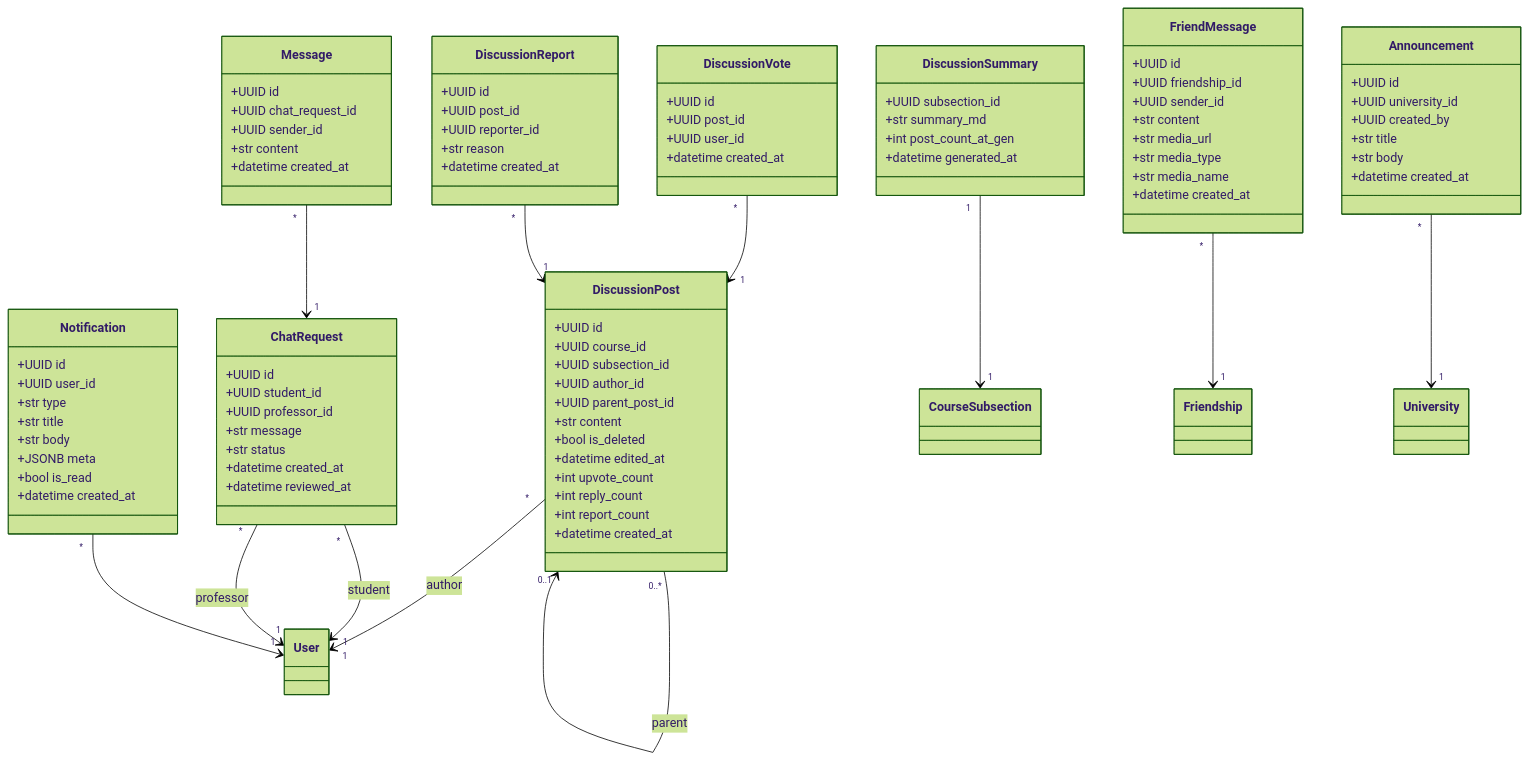
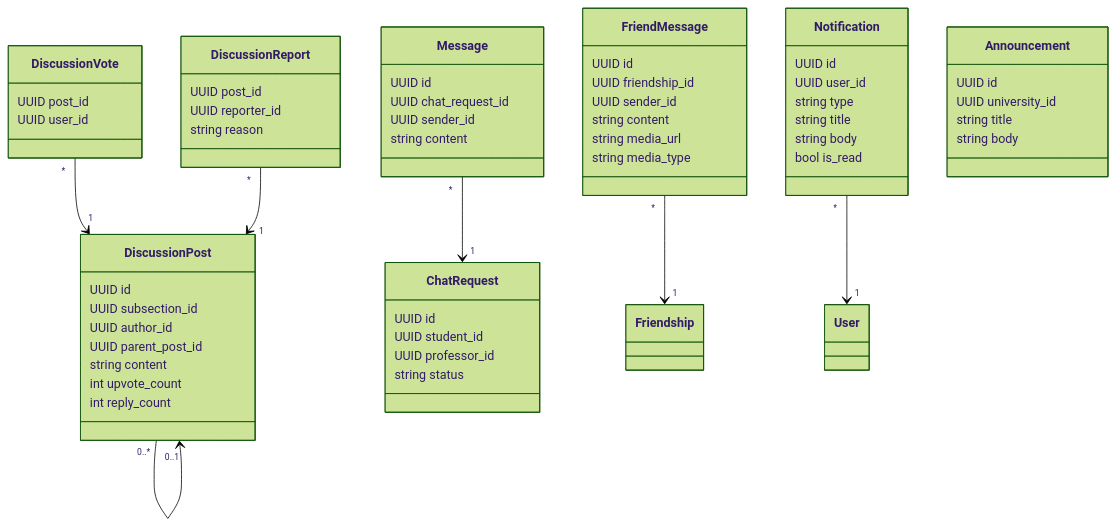
The second of 4 diagrams in docs/sprints/SPRINT_5.md (yazidha09/Hub4Learners), drawn with Mermaid (forest theme) before and after one commit. The commit also changed other lines of this file and 14 other files, not shown here.

````diff
--- a/docs/sprints/SPRINT_5.md
+++ b/docs/sprints/SPRINT_5.md
@@ -88,100 +77,69 @@
 ```mermaid
 classDiagram
     class DiscussionPost {
-        +UUID id
-        +UUID course_id
-        +UUID subsection_id
-        +UUID author_id
-        +UUID parent_post_id
-        +str content
-        +bool is_deleted
-        +datetime edited_at
-        +int upvote_count
-        +int reply_count
-        +int report_count
-        +datetime created_at
+        UUID id
+        UUID subsection_id
+        UUID author_id
+        UUID parent_post_id
+        string content
+        int upvote_count
+        int reply_count
     }
 
     class DiscussionVote {
-        +UUID id
-        +UUID post_id
-        +UUID user_id
-        +datetime created_at
+        UUID post_id
+        UUID user_id
     }
 
     class DiscussionReport {
-        +UUID id
-        +UUID post_id
-        +UUID reporter_id
-        +str reason
-        +datetime created_at
+        UUID post_id
+        UUID reporter_id
+        string reason
     }
 
-    class DiscussionSummary {
-        +UUID subsection_id
-        +str summary_md
-        +int post_count_at_gen
-        +datetime generated_at
+    class FriendMessage {
+        UUID id
+        UUID friendship_id
+        UUID sender_id
+        string content
+        string media_url
+        string media_type
     }
 
     class ChatRequest {
-        +UUID id
-        +UUID student_id
-        +UUID professor_id
-        +str message
-        +str status
-        +datetime created_at
-        +datetime reviewed_at
+        UUID id
+        UUID student_id
+        UUID professor_id
+        string status
     }
 
     class Message {
-        +UUID id
-        +UUID chat_request_id
-        +UUID sender_id
-        +str content
-        +datetime created_at
-    }
-
-    class FriendMessage {
-        +UUID id
-        +UUID friendship_id
-        +UUID sender_id
-        +str content
-        +str media_url
-        +str media_type
-        +str media_name
-        +datetime created_at
+        UUID id
+        UUID chat_request_id
+        UUID sender_id
+        string content
     }
 
     class Notification {
-        +UUID id
-        +UUID user_id
-        +str type
-        +str title
-        +str body
-        +JSONB meta
-        +bool is_read
-        +datetime created_at
+        UUID id
+        UUID user_id
+        string type
+        string title
+        string body
+        bool is_read
     }
 
     class Announcement {
-        +UUID id
-        +UUID university_id
-        +UUID created_by
-        +str title
-        +str body
-        +datetime created_at
+        UUID id
+        UUID university_id
+        string title
+        string body
     }
 
-    DiscussionPost "*" --> "1" User : author
-    DiscussionPost "0..*" --> "0..1" DiscussionPost : parent
+    DiscussionPost "0..*" --> "0..1" DiscussionPost
     DiscussionVote "*" --> "1" DiscussionPost
     DiscussionReport "*" --> "1" DiscussionPost
-    DiscussionSummary "1" --> "1" CourseSubsection
-    ChatRequest "*" --> "1" User : student
-    ChatRequest "*" --> "1" User : professor
     Message "*" --> "1" ChatRequest
     FriendMessage "*" --> "1" Friendship
     Notification "*" --> "1" User
-    Announcement "*" --> "1" University
 ```
````
